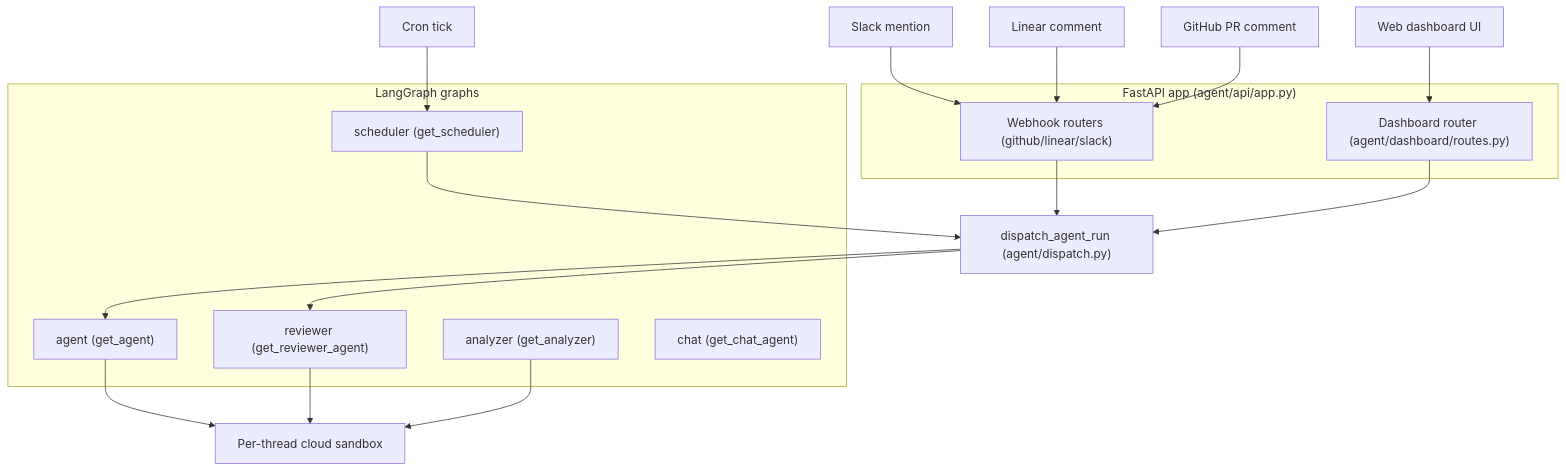
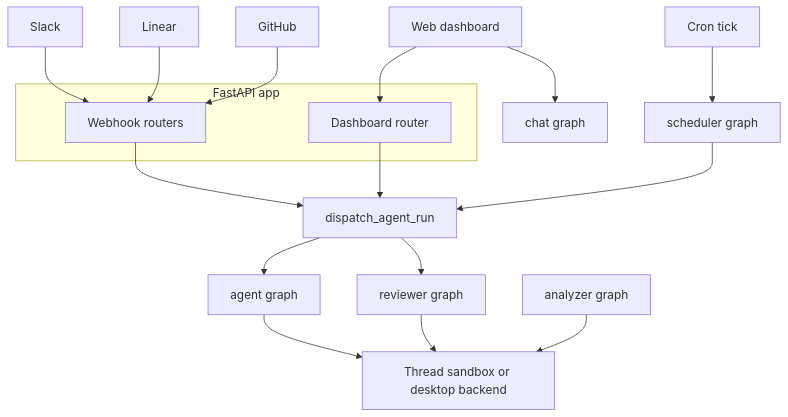
Before and after one commit to langchain-ai/open-swe: the diagram in openwiki/architecture/overview.md, drawn with Mermaid. The commit also changed other lines of this file and 11 other files, not shown here.

````diff
--- a/openwiki/architecture/overview.md
+++ b/openwiki/architecture/overview.md
@@ -79,39 +77,23 @@
 ```mermaid
 flowchart TD
-  Slack["Slack mention"]
-  Linear["Linear comment"]
-  GitHub["GitHub PR comment"]
-  Web["Web dashboard UI"]
-  Cron["Cron tick"]
+  Slack["Slack"] --> Webhooks["Webhook routers"]
+  Linear["Linear"] --> Webhooks
+  GitHub["GitHub"] --> Webhooks
+  Browser["Web dashboard"] --> Dashboard["Dashboard router"]
+  Cron["Cron tick"] --> Scheduler["scheduler graph"]
 
-  subgraph FastAPI["FastAPI app (agent/api/app.py)"]
-    WH["Webhook routers (github/linear/slack)"]
-    Dash["Dashboard router (agent/dashboard/routes.py)"]
+  subgraph App["FastAPI app"]
+    Webhooks
+    Dashboard
   end
 
-  Dispatch["dispatch_agent_run (agent/dispatch.py)"]
-
-  subgraph Graphs["LangGraph graphs"]
-    AgentG["agent (get_agent)"]
-    ReviewerG["reviewer (get_reviewer_agent)"]
-    AnalyzerG["analyzer (get_analyzer)"]
-    ChatG["chat (get_chat_agent)"]
-    SchedulerG["scheduler (get_scheduler)"]
-  end
-
-  Sandbox["Per-thread cloud sandbox"]
-
-  Slack --> WH
-  Linear --> WH
-  GitHub --> WH
-  Web --> Dash
-  Cron --> SchedulerG
-  WH --> Dispatch
-  Dash --> Dispatch
-  SchedulerG --> Dispatch
-  Dispatch --> AgentG
-  Dispatch --> ReviewerG
-  AgentG --> Sandbox
-  ReviewerG --> Sandbox
-  AnalyzerG --> Sandbox
+  Webhooks --> Dispatch["dispatch_agent_run"]
+  Dashboard --> Dispatch
+  Scheduler --> Dispatch
+  Dispatch --> Agent["agent graph"]
+  Dispatch --> Reviewer["reviewer graph"]
+  Agent --> Sandbox["Thread sandbox or desktop backend"]
+  Reviewer --> Sandbox
+  Analyzer["analyzer graph"] --> Sandbox
+  Browser --> Chat["chat graph"]
 ```
````
